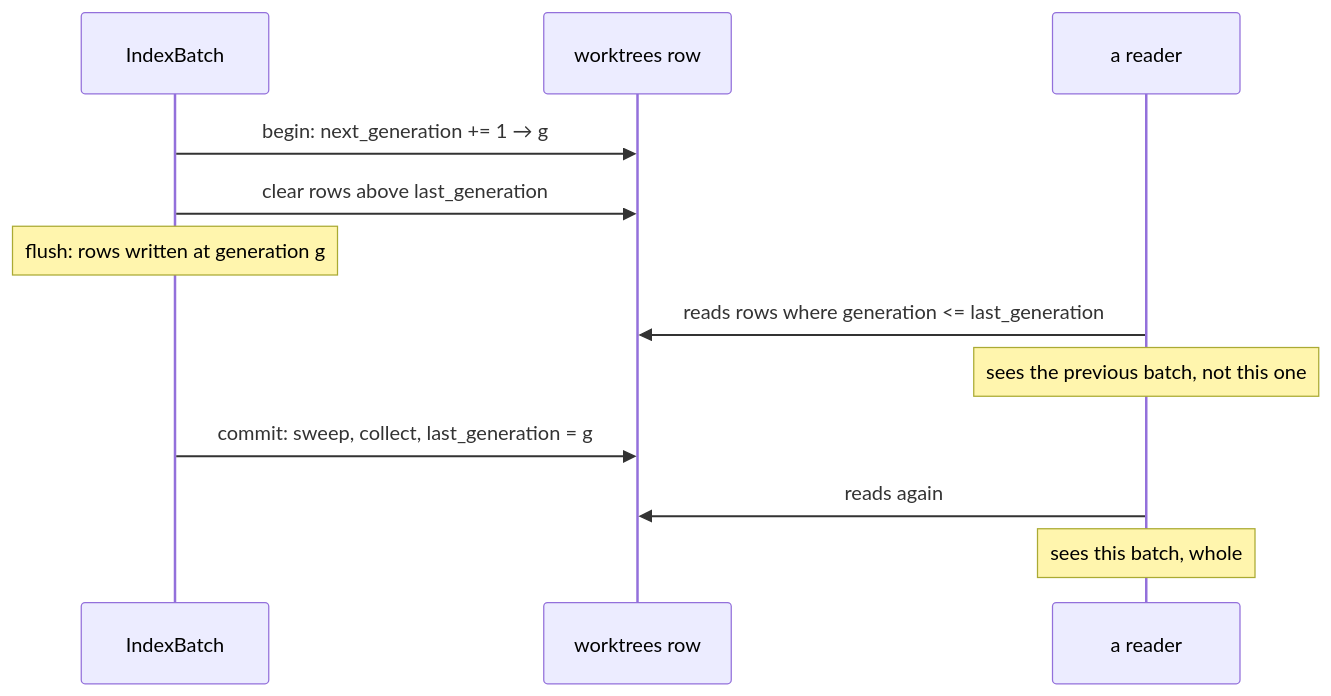
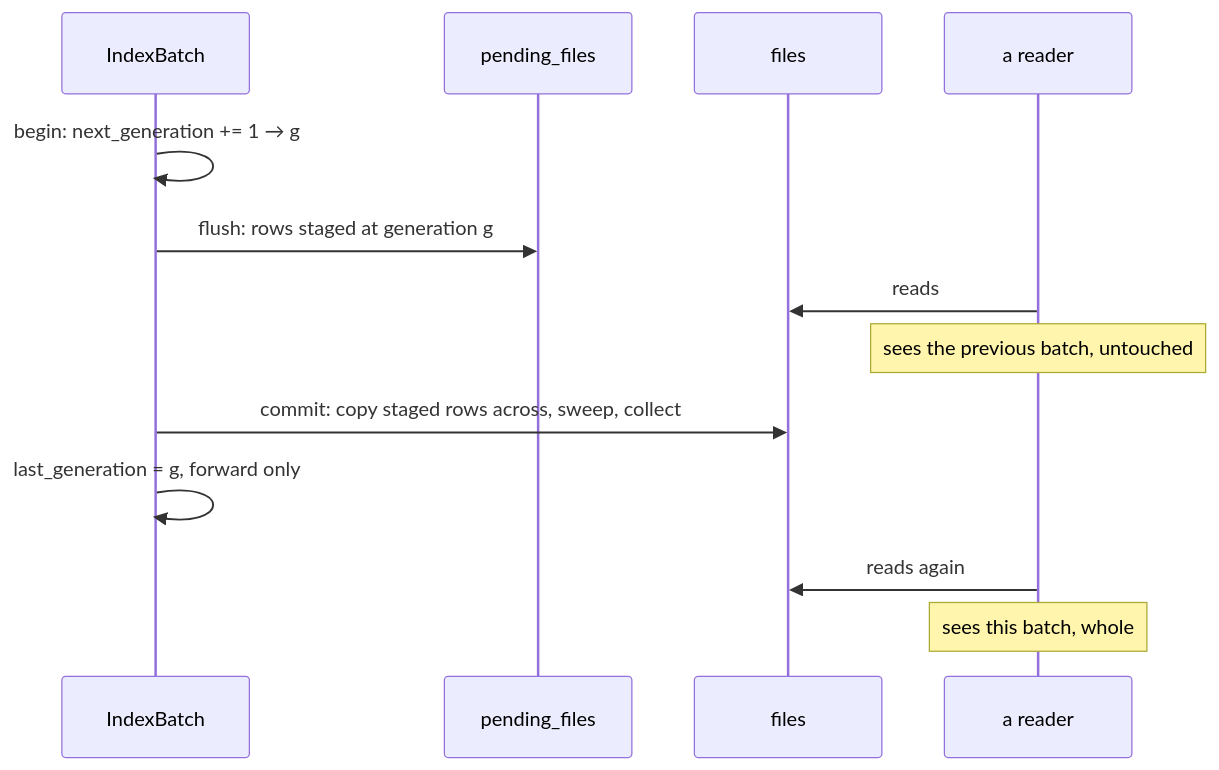
Before and after one commit to fullstacktaiye/Harkness: the second of 2 diagrams in docs/context-index.md, drawn with Mermaid. The commit also changed other lines of this file and 12 other files, not shown here.

````diff
--- a/docs/context-index.md
+++ b/docs/context-index.md
@@ -91,14 +92,15 @@
 ```mermaid
 sequenceDiagram
     participant B as IndexBatch
-    participant W as worktrees row
+    participant P as pending_files
+    participant F as files
     participant R as a reader
-    B->>W: begin: next_generation += 1 → g
-    B->>W: clear rows above last_generation
-    Note over B: flush: rows written at generation g
-    R->>W: reads rows where generation <= last_generation
-    Note over R: sees the previous batch, not this one
-    B->>W: commit: sweep, collect, last_generation = g
-    R->>W: reads again
+    B->>B: begin: next_generation += 1 → g
+    B->>P: flush: rows staged at generation g
+    R->>F: reads
+    Note over R: sees the previous batch, untouched
+    B->>F: commit: copy staged rows across, sweep, collect
+    B->>B: last_generation = g, forward only
+    R->>F: reads again
     Note over R: sees this batch, whole
 ```
````
